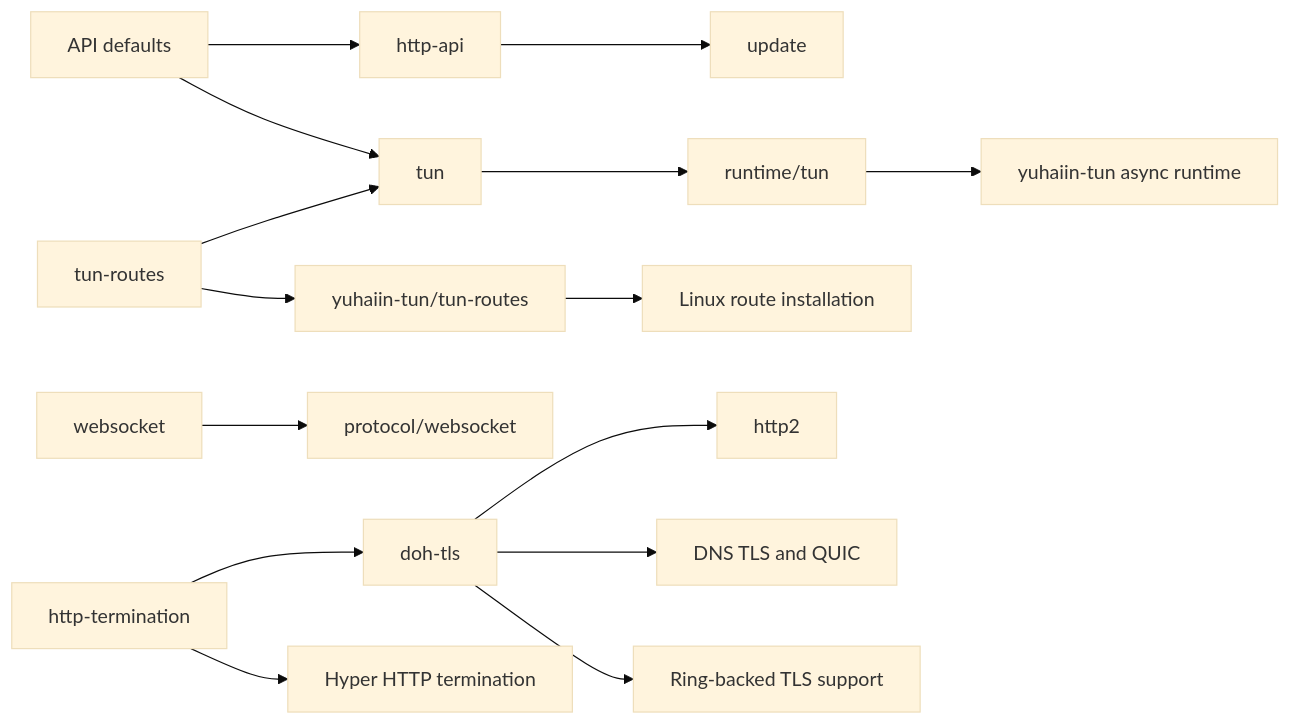
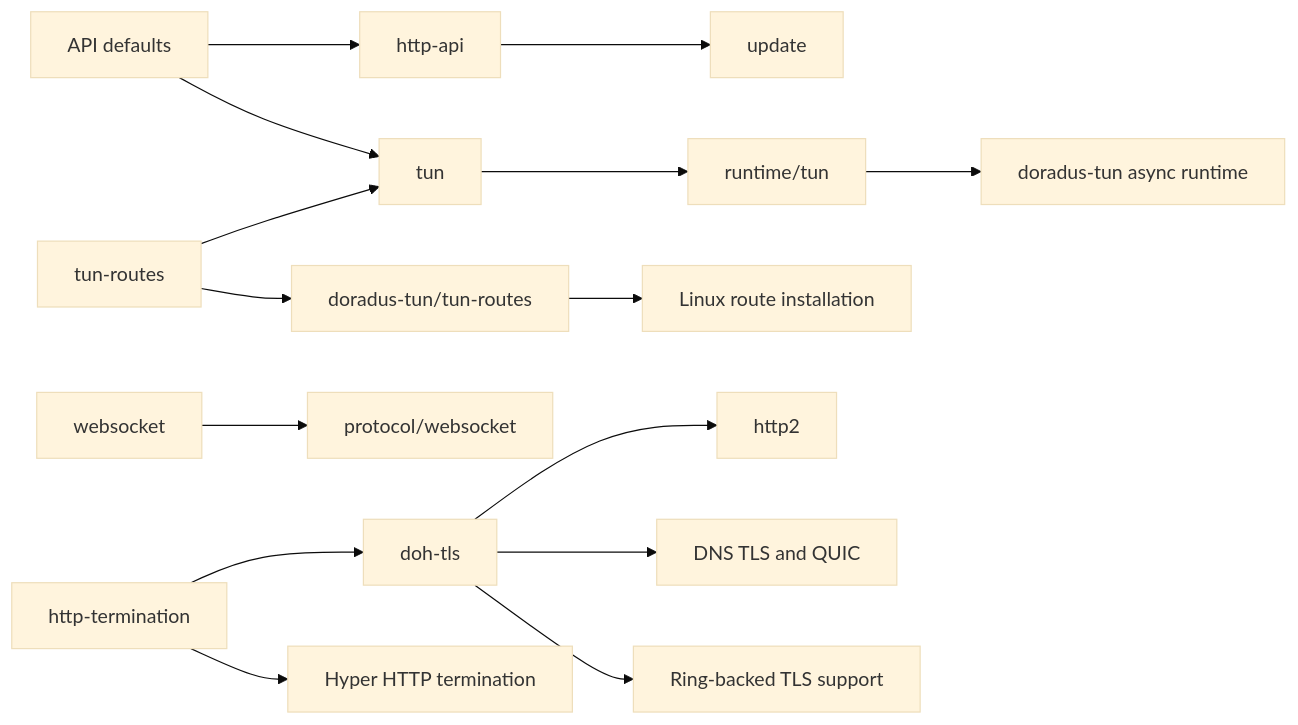
One commit to yuhaiin/doradus changed the second of 11 diagrams in docs/ARCHITECTURE.md. Above: the diagram before and after it, drawn with Mermaid (base theme). The commit also changed other lines of this file and 729 other files, not shown here.

First line of the commit message:
Refactor integration scripts to replace 'yuhaiin' with 'doradus'

```diff
--- a/docs/ARCHITECTURE.md
+++ b/docs/ARCHITECTURE.md
@@ -163,17 +172,17 @@
 ~~~mermaid
 graph LR
     API[API defaults] --> HTTPAPI[http-api]
     HTTPAPI --> UPDATE[update]
     API --> TUN[tun]
     TUN --> RUNTIME_TUN[runtime/tun]
-    RUNTIME_TUN --> TUNCRATE[yuhaiin-tun async runtime]
+    RUNTIME_TUN --> TUNCRATE[doradus-tun async runtime]
     ROUTES[tun-routes] --> TUN
-    ROUTES --> TUNROUTES[yuhaiin-tun/tun-routes]
+    ROUTES --> TUNROUTES[doradus-tun/tun-routes]
     TUNROUTES --> LINUX[Linux route installation]
     DOH[doh-tls] --> H2[http2]
     DOH --> DNS_TLS[DNS TLS and QUIC]
     DOH --> RUSTLS[Ring-backed TLS support]
     WS[websocket] --> WS_PROTO[protocol/websocket]
     TERM[http-termination] --> DOH
     TERM --> HYPER[Hyper HTTP termination]
 ~~~
```
